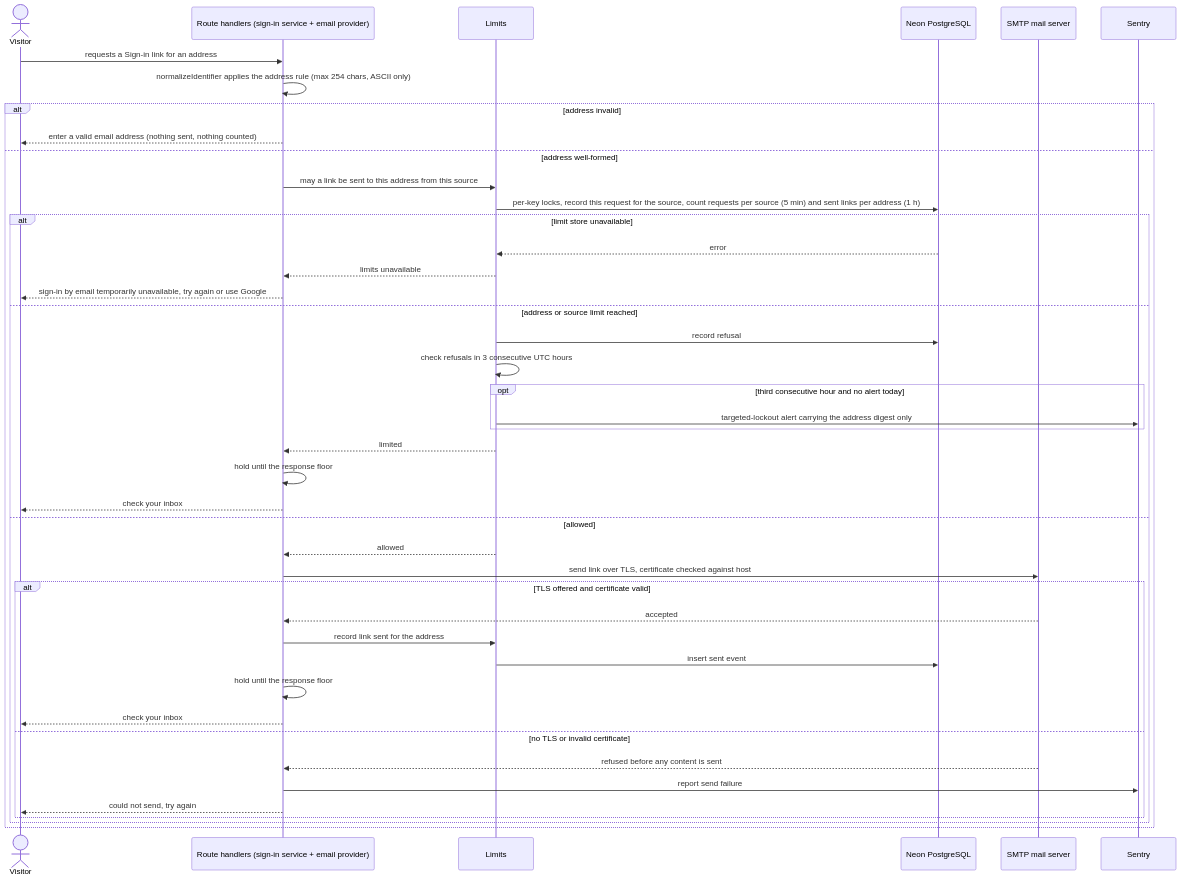
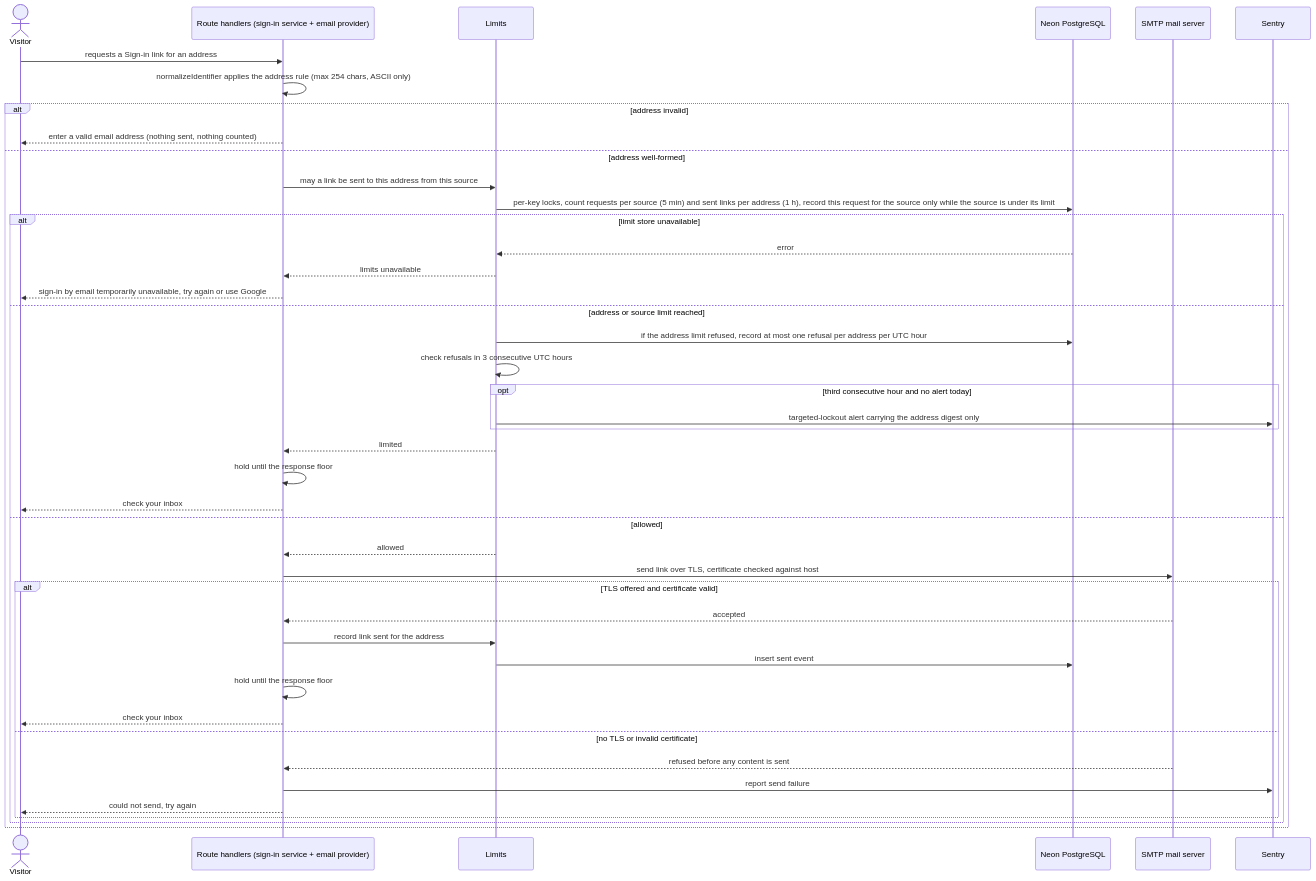
The third of 4 diagrams in docs/features/security-patch/sad.md (GopkoDev/invoiceForge), drawn with Mermaid before and after one commit. The commit also changed other lines of this file and 1 other file, not shown here.

````diff
--- a/docs/features/security-patch/sad.md
+++ b/docs/features/security-patch/sad.md
@@ -236,46 +232,46 @@
 ```mermaid
 sequenceDiagram
     actor V as Visitor
     participant H as Route handlers (sign-in service + email provider)
     participant L as Limits
     participant DB as Neon PostgreSQL
     participant M as SMTP mail server
     participant S as Sentry
 
     V->>H: requests a Sign-in link for an address
     H->>H: normalizeIdentifier applies the address rule (max 254 chars, ASCII only)
     alt address invalid
         H-->>V: enter a valid email address (nothing sent, nothing counted)
     else address well-formed
         H->>L: may a link be sent to this address from this source
-        L->>DB: per-key locks, record this request for the source, count requests per source (5 min) and sent links per address (1 h)
+        L->>DB: per-key locks, count requests per source (5 min) and sent links per address (1 h), record this request for the source only while the source is under its limit
         alt limit store unavailable
             DB-->>L: error
             L-->>H: limits unavailable
             H-->>V: sign-in by email temporarily unavailable, try again or use Google
         else address or source limit reached
-            L->>DB: record refusal
+            L->>DB: if the address limit refused, record at most one refusal per address per UTC hour
             L->>L: check refusals in 3 consecutive UTC hours
             opt third consecutive hour and no alert today
                 L->>S: targeted-lockout alert carrying the address digest only
             end
             L-->>H: limited
             H->>H: hold until the response floor
             H-->>V: check your inbox
         else allowed
             L-->>H: allowed
             H->>M: send link over TLS, certificate checked against host
             alt TLS offered and certificate valid
                 M-->>H: accepted
                 H->>L: record link sent for the address
                 L->>DB: insert sent event
                 H->>H: hold until the response floor
                 H-->>V: check your inbox
             else no TLS or invalid certificate
                 M-->>H: refused before any content is sent
                 H->>S: report send failure
                 H-->>V: could not send, try again
             end
         end
     end
 ```
````
